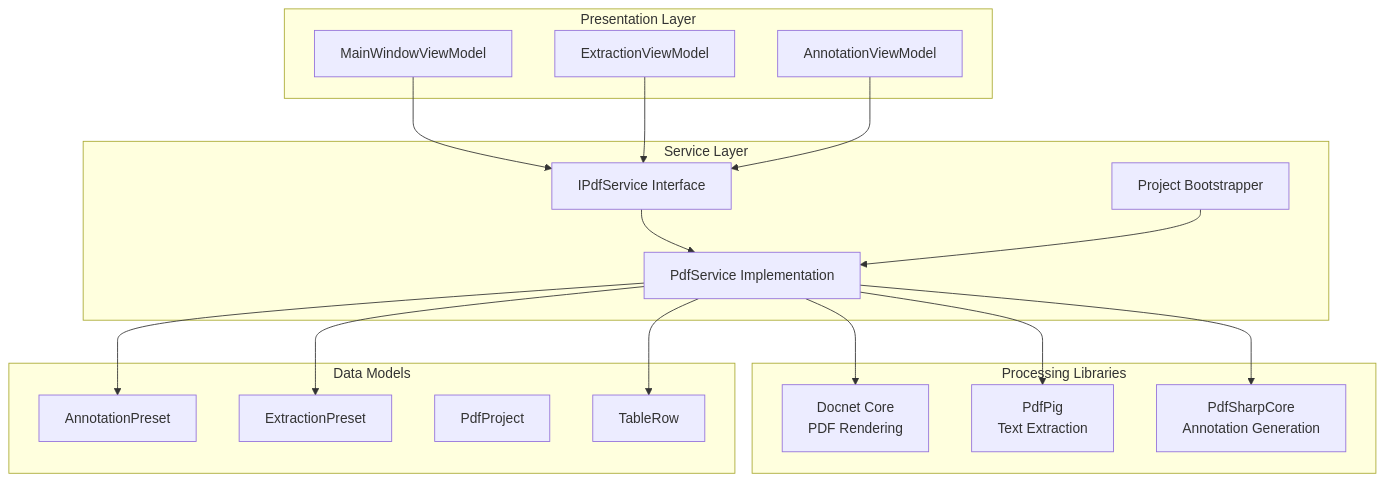
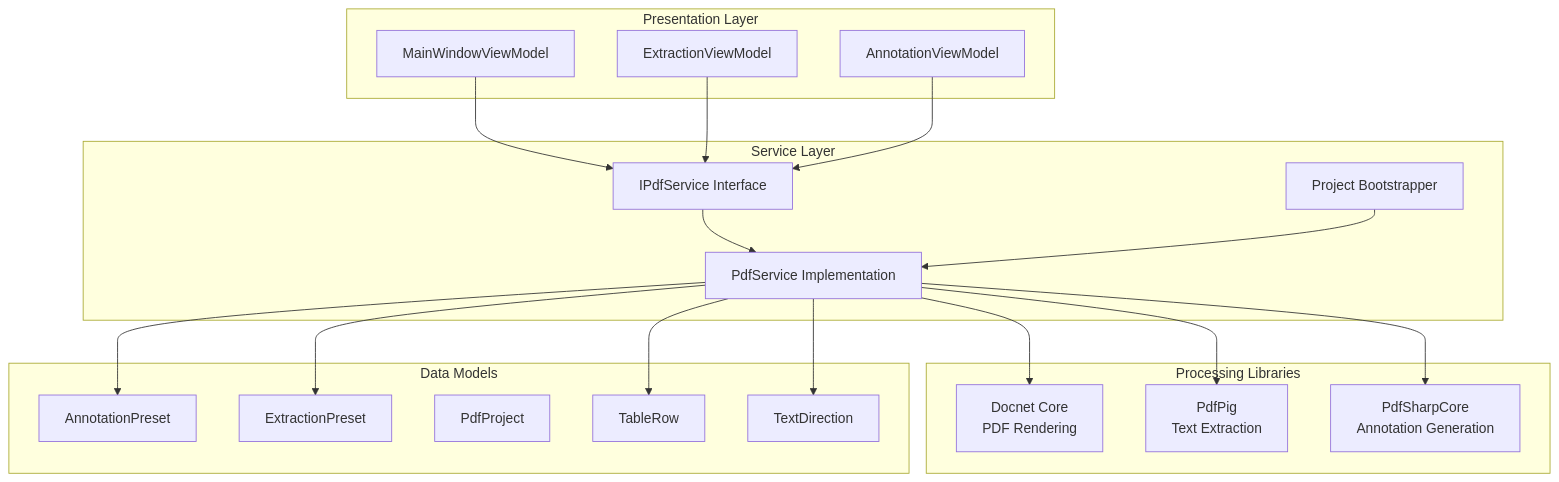
One commit to Kibnet/PDFAnnotator changed the first of 6 diagrams in .qoder/repowiki/en/content/Core Services/PDF Service.md. Above: the diagram before and after it, drawn with Mermaid. The commit also changed other lines of this file and 4 other files, not shown here.

````diff
--- a/.qoder/repowiki/en/content/Core Services/PDF Service.md
+++ b/.qoder/repowiki/en/content/Core Services/PDF Service.md
@@ -40,35 +48,37 @@
 ```mermaid
 graph TB
 subgraph "Presentation Layer"
 MWV[MainWindowViewModel]
 EV[ExtractionViewModel]
 AV[AnnotationViewModel]
 end
 subgraph "Service Layer"
 IPS[IPdfService Interface]
 PS[PdfService Implementation]
 PBS[Project Bootstrapper]
 end
 subgraph "Processing Libraries"
 DOC[Docnet Core<br/>PDF Rendering]
 PIG[PdfPig<br/>Text Extraction]
 SHARP[PdfSharpCore<br/>Annotation Generation]
 end
 subgraph "Data Models"
 AP[AnnotationPreset]
 EP[ExtractionPreset]
 PP[PdfProject]
 TR[TableRow]
+TD[TextDirection]
 end
 MWV --> IPS
 EV --> IPS
 AV --> IPS
 IPS --> PS
 PS --> DOC
 PS --> PIG
 PS --> SHARP
 PS --> AP
 PS --> EP
 PS --> TR
+PS --> TD
 PBS --> PS
 ```
````
